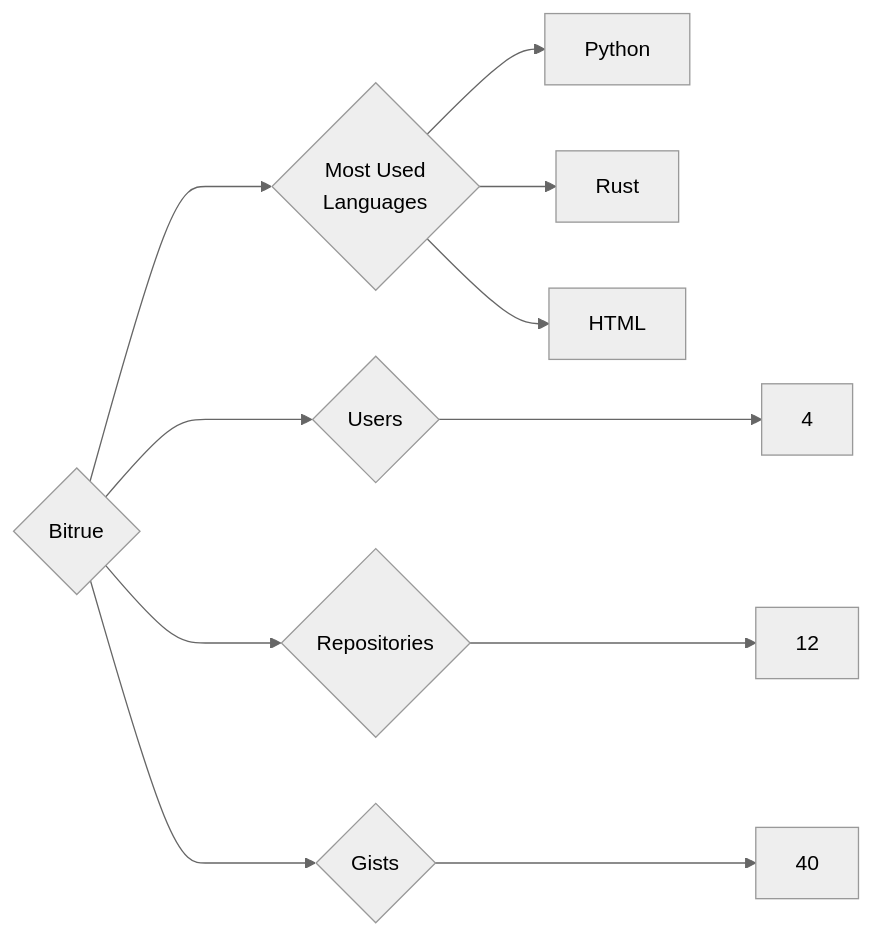
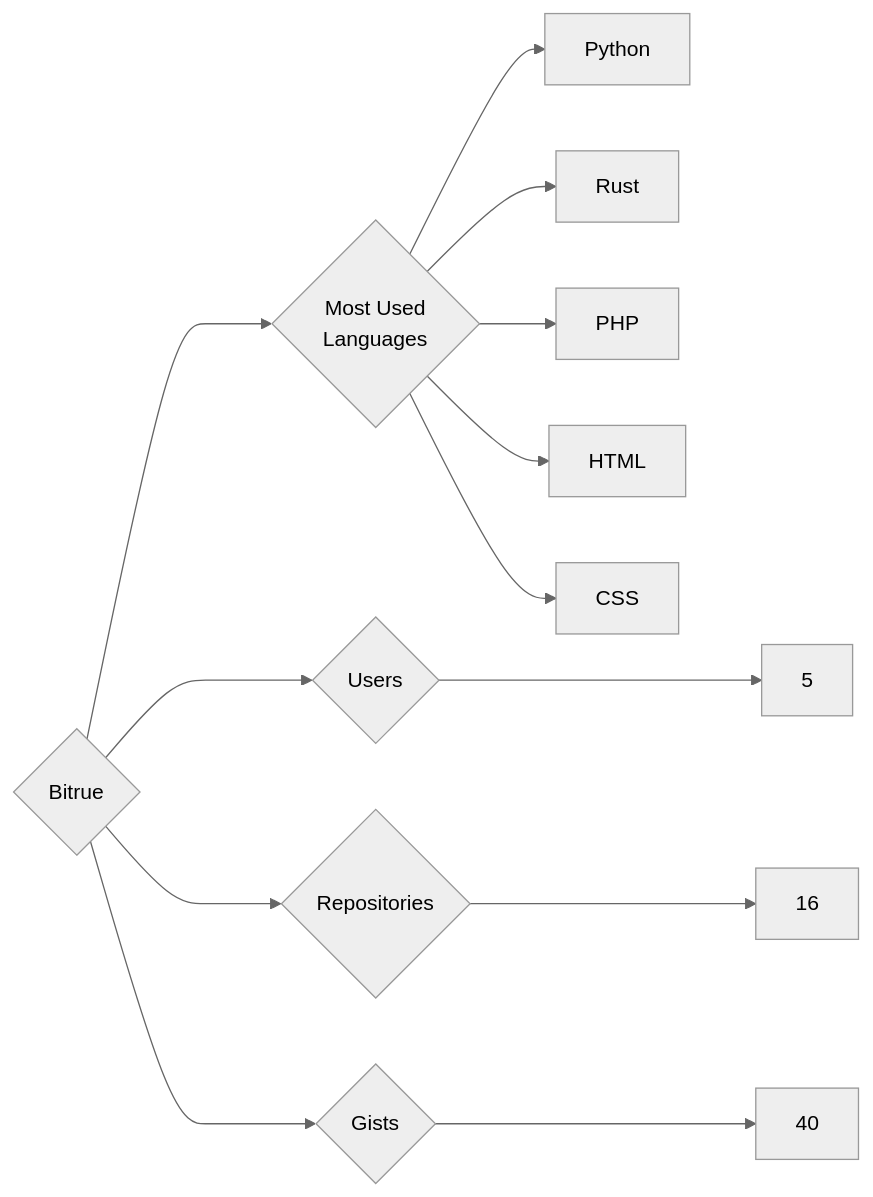
One commit to trickest/insiders changed the diagram in targets/Bitrue/README.md. Above: the diagram before and after it, drawn with Mermaid (neutral theme). The commit also changed 840 other files, not shown here.

````diff
--- a/targets/Bitrue/README.md
+++ b/targets/Bitrue/README.md
@@ -3,11 +3,13 @@
 ```mermaid
 graph LR
 COMPANY_NAME{Bitrue}
-COMPANY_NAME ---> U{Users} ---> UN[4]
-COMPANY_NAME ---> R{Repositories} ---> RN[12]
+COMPANY_NAME ---> U{Users} ---> UN[5]
+COMPANY_NAME ---> R{Repositories} ---> RN[16]
 COMPANY_NAME ---> G{Gists} ---> GN[40]
 COMPANY_NAME ---> ML{Most Used<br>Languages}
 ML --> Python[Python]
 ML --> Rust[Rust]
+ML --> PHP[PHP]
 ML --> HTML[HTML]
+ML --> CSS[CSS]
 ```
````
